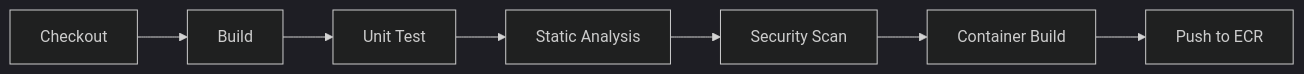
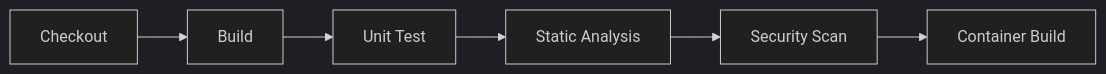
Before and after one commit to rishikeshdhokare/platform-manifesto: the diagram in 03-engineering-practices/02-ci-practices.md, drawn with Mermaid (dark theme). The commit also changed other lines of this file, not shown here.

First line of the commit message:
fix: remove 'Push to ECR' from PR pipeline diagram

````diff
--- a/03-engineering-practices/02-ci-practices.md
+++ b/03-engineering-practices/02-ci-practices.md
@@ -219,9 +219,8 @@
 ```mermaid
 flowchart LR
     Checkout[Checkout] --> Build[Build]
     Build --> Test[Unit Test]
     Test --> Lint[Static Analysis]
     Lint --> Security[Security Scan]
     Security --> Docker[Container Build]
-    Docker --> Push[Push to ECR]
 ```
````
